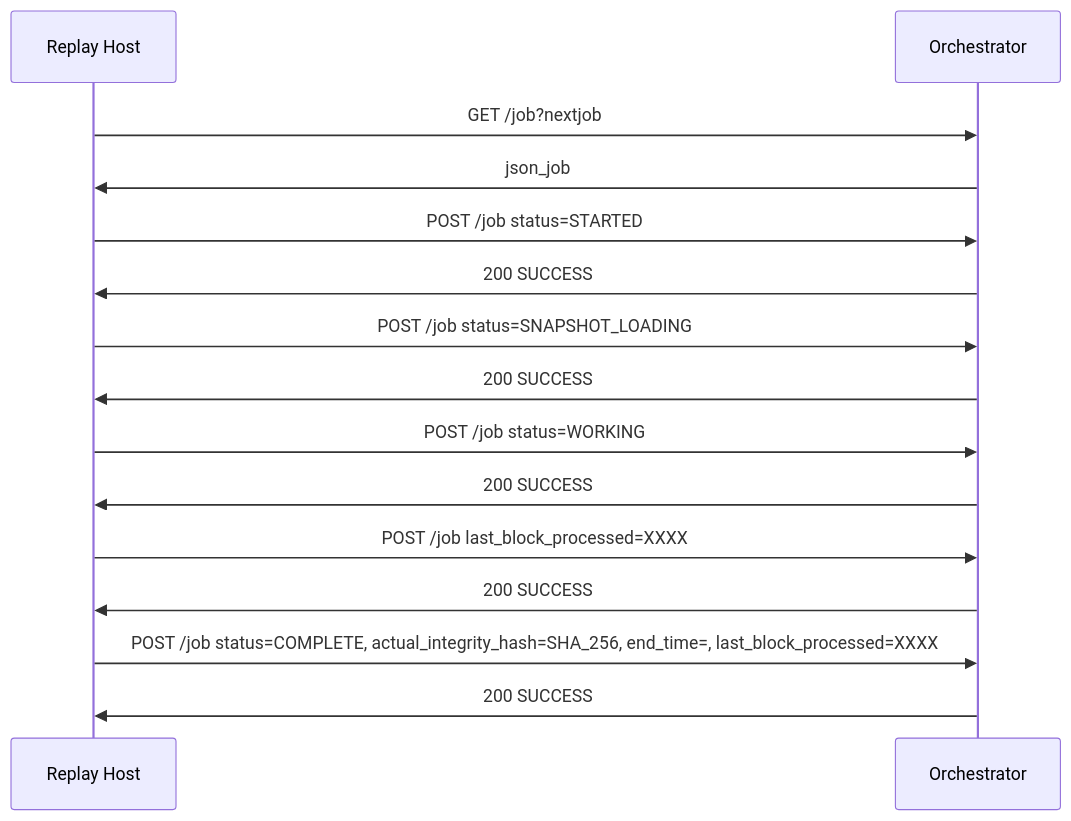
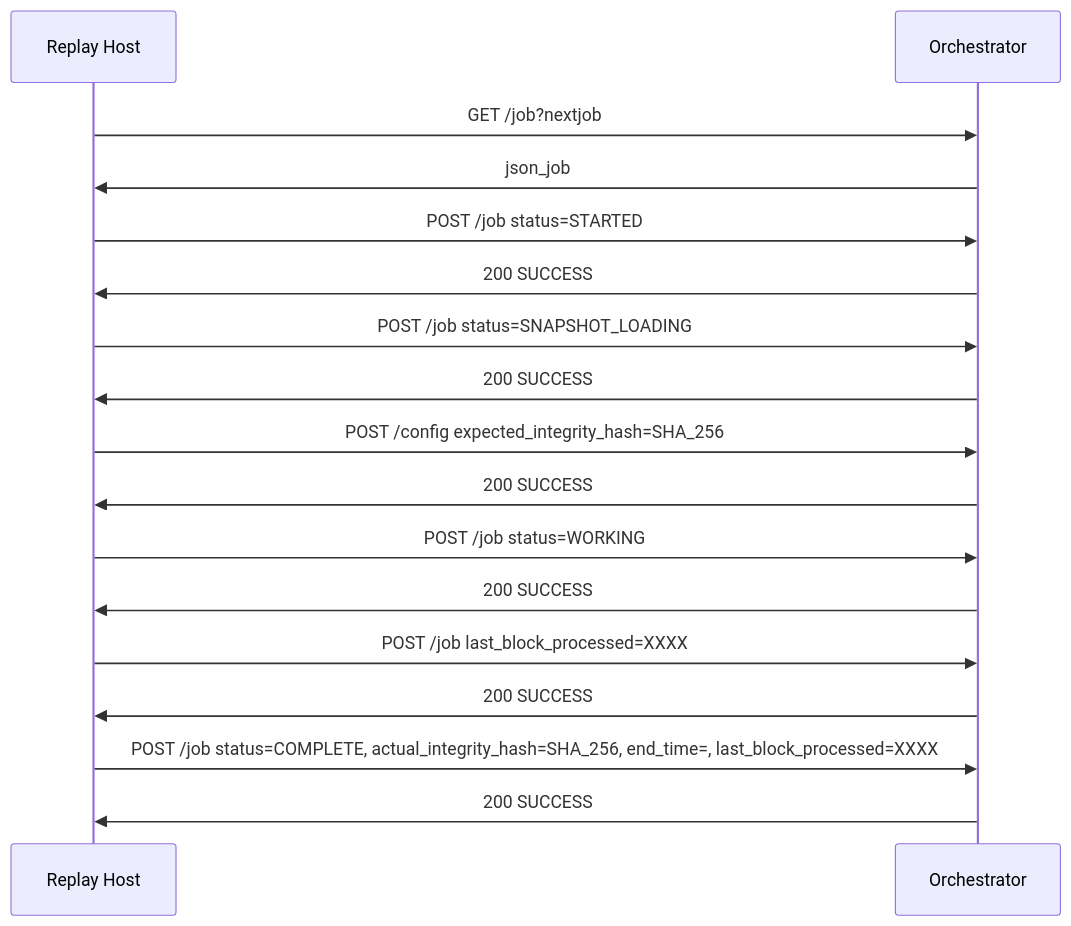
One commit to eosnetworkfoundation/replay-test changed the second of 2 diagrams in docs/high-level-design.md. Above: the diagram before and after it, drawn with Mermaid. The commit also changed other lines of this file and 6 other files, not shown here.

Commit message:
doc updates for /config POST, and code comments

````diff
--- a/docs/high-level-design.md
+++ b/docs/high-level-design.md
@@ -38,18 +38,20 @@
 ```mermaid
 
 sequenceDiagram
     participant Relay as Replay Host
     participant Orch as Orchestrator
     Relay->>Orch: GET /job?nextjob
     Orch->>Relay: json_job
     Relay->>Orch: POST /job status=STARTED
     Orch->>Relay: 200 SUCCESS
     Relay->>Orch: POST /job status=SNAPSHOT_LOADING
     Orch->>Relay: 200 SUCCESS
+    Relay->>Orch: POST /config expected_integrity_hash=SHA_256
+    Orch->>Relay: 200 SUCCESS
     Relay->>Orch: POST /job status=WORKING
     Orch->>Relay: 200 SUCCESS
     Relay->>Orch: POST /job last_block_processed=XXXX
     Orch->>Relay: 200 SUCCESS
     Relay->>Orch: POST /job status=COMPLETE, actual_integrity_hash=SHA_256, end_time=, last_block_processed=XXXX
     Orch->>Relay: 200 SUCCESS
 ```
````
